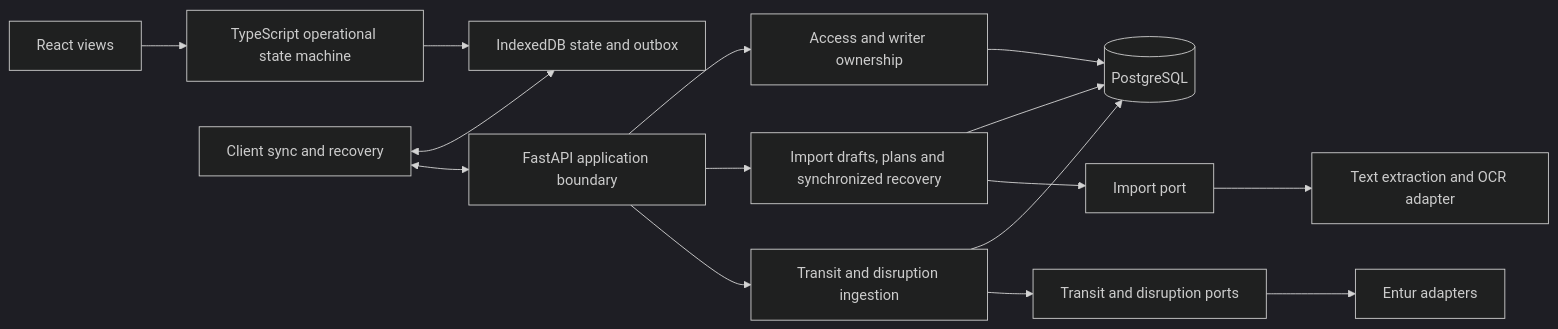
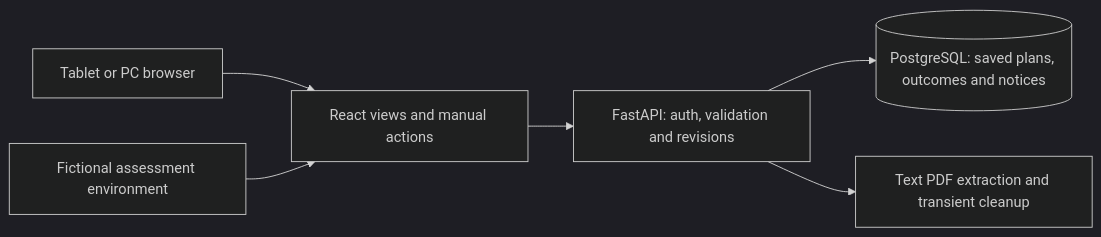
One commit to IBE160-2026/G06-oisund changed the first of 2 diagrams in _bmad-output/planning-artifacts/architecture/architecture-IBE160-2026-09-23/ARCHITECTURE-SPINE.md. Above: the diagram before and after it, drawn with Mermaid (dark theme). The commit also changed other lines of this file and 149 other files, not shown here.

````diff
--- a/_bmad-output/planning-artifacts/architecture/architecture-IBE160-2026-09-23/ARCHITECTURE-SPINE.md
+++ b/_bmad-output/planning-artifacts/architecture/architecture-IBE160-2026-09-23/ARCHITECTURE-SPINE.md
@@ -200,17 +73,8 @@
 ```mermaid
 flowchart LR
-  UI[React views] --> RT[TypeScript operational state machine]
-  RT --> LOCAL[IndexedDB state and outbox]
-  SYNC[Client sync and recovery] <--> LOCAL
-  SYNC <--> API[FastAPI application boundary]
-  API --> ID[Access and writer ownership]
-  API --> DAY[Import drafts, plans and synchronized recovery]
-  API --> SRC[Transit and disruption ingestion]
-  DAY --> PG[(PostgreSQL)]
-  ID --> PG
-  SRC --> PG
-  DAY --> IP[Import port]
-  SRC --> DP[Transit and disruption ports]
-  IP --> OCR[Text extraction and OCR adapter]
-  DP --> ENTUR[Entur adapters]
+  U[Tablet or PC browser] --> W[React views and manual actions]
+  W --> A[FastAPI: auth, validation and revisions]
+  A --> D[(PostgreSQL: saved plans, outcomes and notices)]
+  A --> I[Text PDF extraction and transient cleanup]
+  F[Fictional assessment environment] --> W
 ```
````
